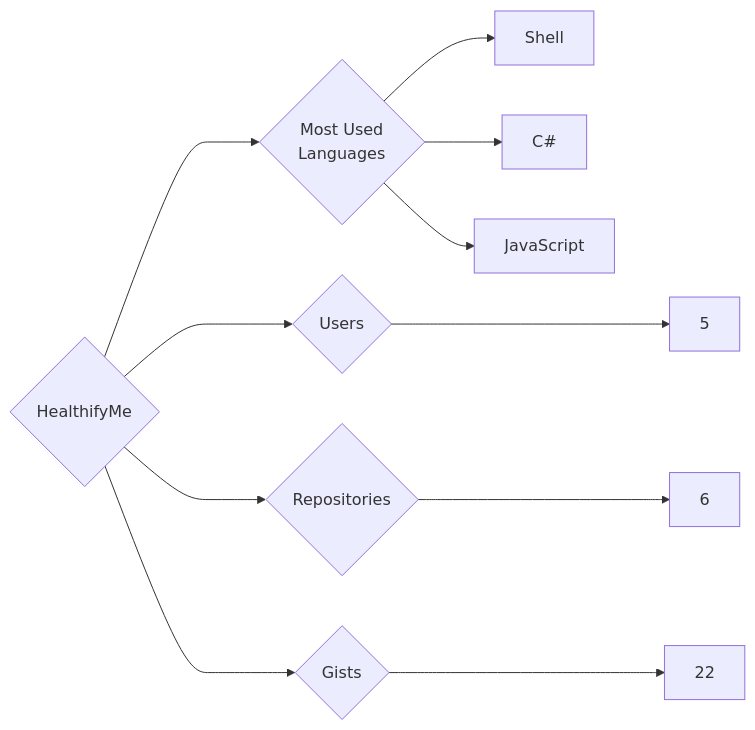
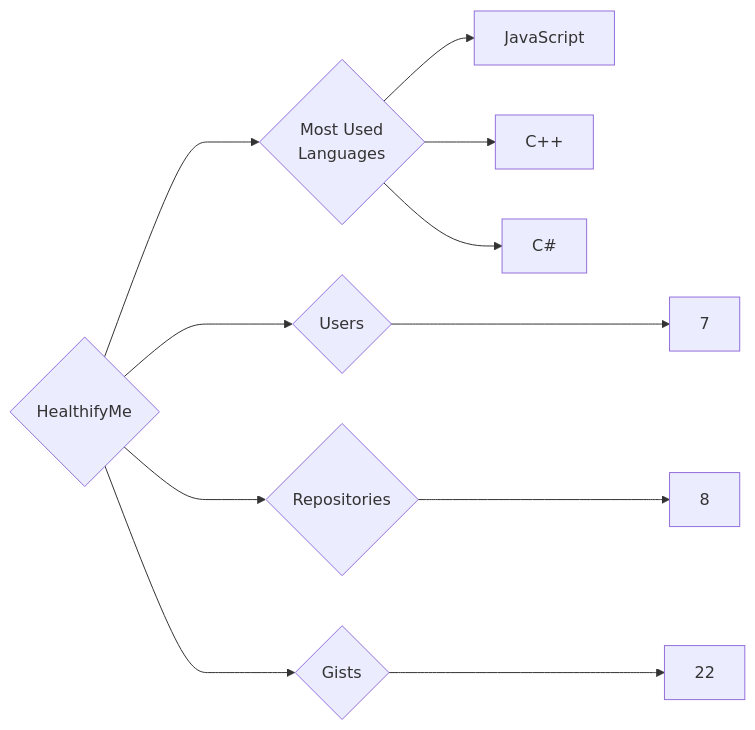
Before and after one commit to trickest/insiders: the diagram in targets/HealthifyMe/README.md, drawn with Mermaid. The commit also changed 857 other files, not shown here.

````diff
--- a/targets/HealthifyMe/README.md
+++ b/targets/HealthifyMe/README.md
@@ -3,11 +3,11 @@
 ```mermaid
 graph LR
 COMPANY_NAME{HealthifyMe}
-COMPANY_NAME ---> U{Users} ---> UN[5]
-COMPANY_NAME ---> R{Repositories} ---> RN[6]
+COMPANY_NAME ---> U{Users} ---> UN[7]
+COMPANY_NAME ---> R{Repositories} ---> RN[8]
 COMPANY_NAME ---> G{Gists} ---> GN[22]
 COMPANY_NAME ---> ML{Most Used<br>Languages}
-ML --> Shell[Shell]
+ML --> JavaScript[JavaScript]
+ML --> C++[C++]
 ML --> C#[C#]
-ML --> JavaScript[JavaScript]
 ```
````
